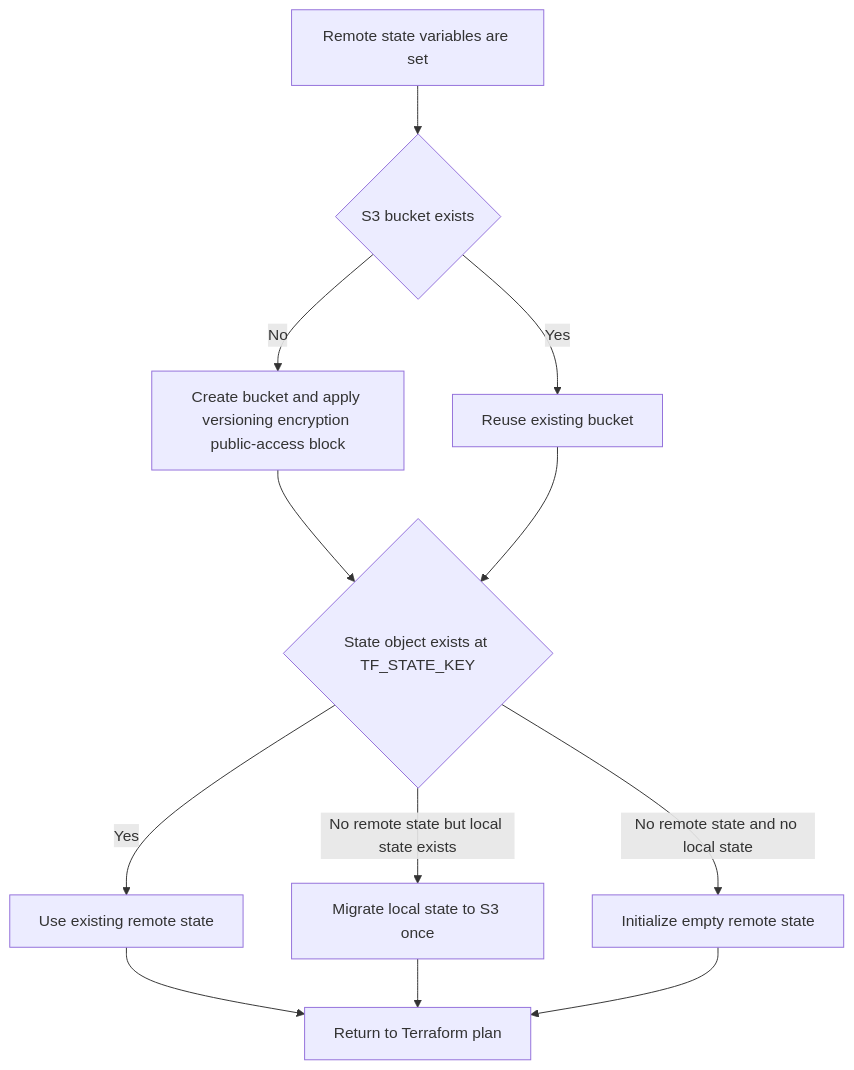
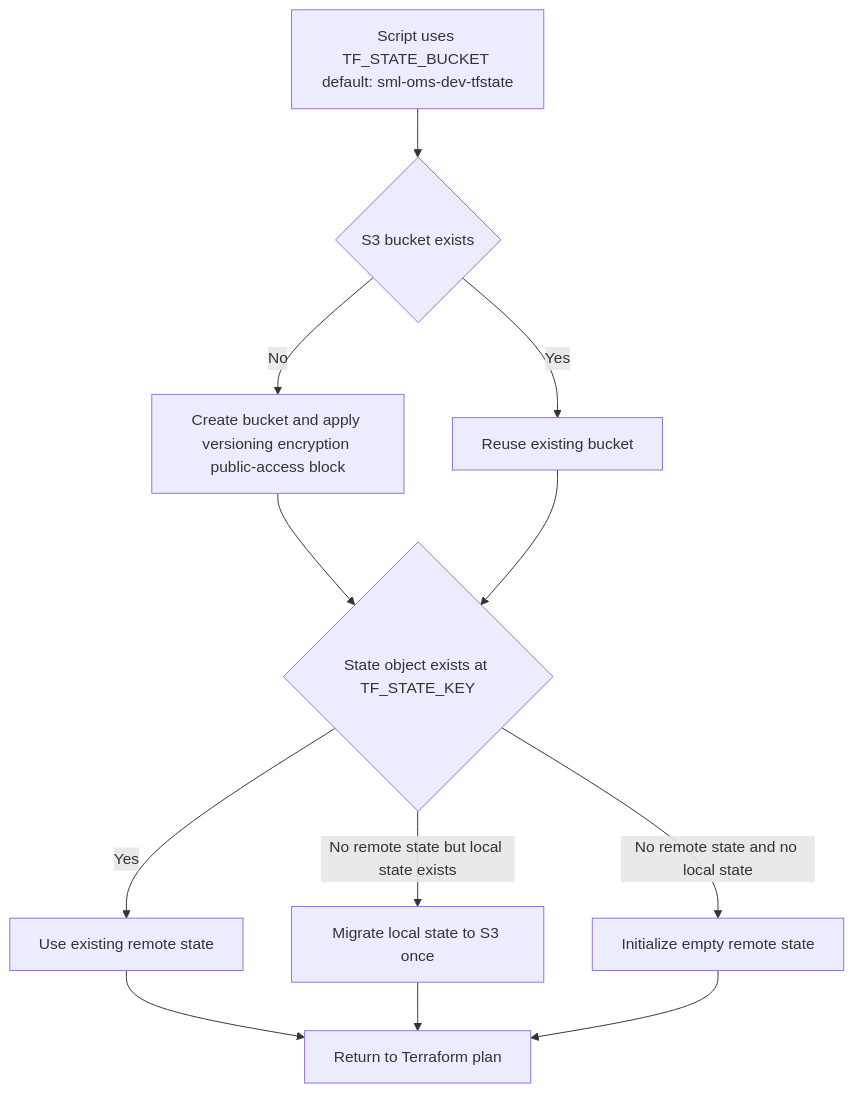
Before and after one commit to sml-global/mongodb: the second of 8 diagrams in platform-prerequisites/terraform/README.md, drawn with Mermaid. The commit also changed other lines of this file and 1 other file, not shown here.

First line of the commit message:
feat: default TF_STATE_BUCKET to sml-oms-dev-tfstate — no export needed

````diff
--- a/platform-prerequisites/terraform/README.md
+++ b/platform-prerequisites/terraform/README.md
@@ -764,14 +751,14 @@
 ```mermaid
 flowchart TD
-  A[Remote state variables are set] --> B{S3 bucket exists}
+  A[Script uses TF_STATE_BUCKET default: sml-oms-dev-tfstate] --> B{S3 bucket exists}
   B -->|No| C[Create bucket and apply versioning encryption public-access block]
   B -->|Yes| D[Reuse existing bucket]
   C --> E{State object exists at TF_STATE_KEY}
   D --> E
   E -->|Yes| F[Use existing remote state]
   E -->|No remote state but local state exists| G[Migrate local state to S3 once]
   E -->|No remote state and no local state| H[Initialize empty remote state]
   F --> I[Return to Terraform plan]
   G --> I
   H --> I
 ```
````
